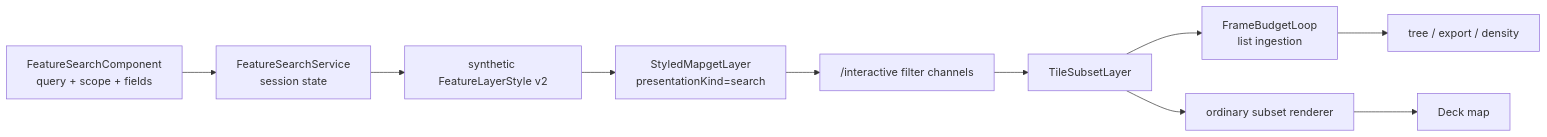
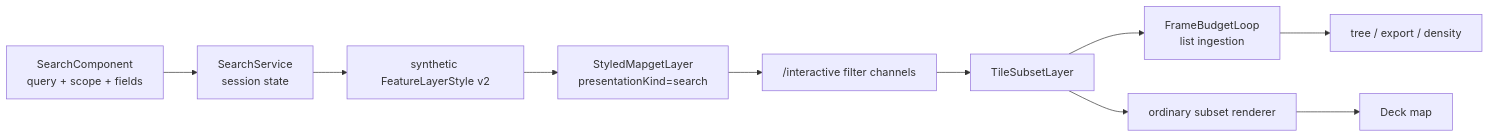
Before and after one commit to ndsev/erdblick: the diagram in docs/erdblick-search-architecture.md, drawn with Mermaid. The commit also changed other lines of this file and 680 other files, not shown here.

````diff
--- a/docs/erdblick-search-architecture.md
+++ b/docs/erdblick-search-architecture.md
@@ -28,17 +28,17 @@
 ```mermaid
 flowchart LR
-  Editor["FeatureSearchComponent<br/>query + scope + fields"]
-  Session["FeatureSearchService<br/>session state"]
+  Editor["SearchComponent<br/>query + scope + fields"]
+  Session["SearchService<br/>session state"]
   Style["synthetic FeatureLayerStyle v2"]
   Styled["StyledMapgetLayer<br/>presentationKind=search"]
   Filter["/interactive filter channels"]
   Subset["TileSubsetLayer"]
   Ingest["FrameBudgetLoop<br/>list ingestion"]
   Render["ordinary subset renderer"]
   UI["tree / export / density"]
   Map["Deck map"]
 
   Editor --> Session --> Style --> Styled --> Filter --> Subset
   Subset --> Ingest --> UI
   Subset --> Render --> Map
 ```
````
